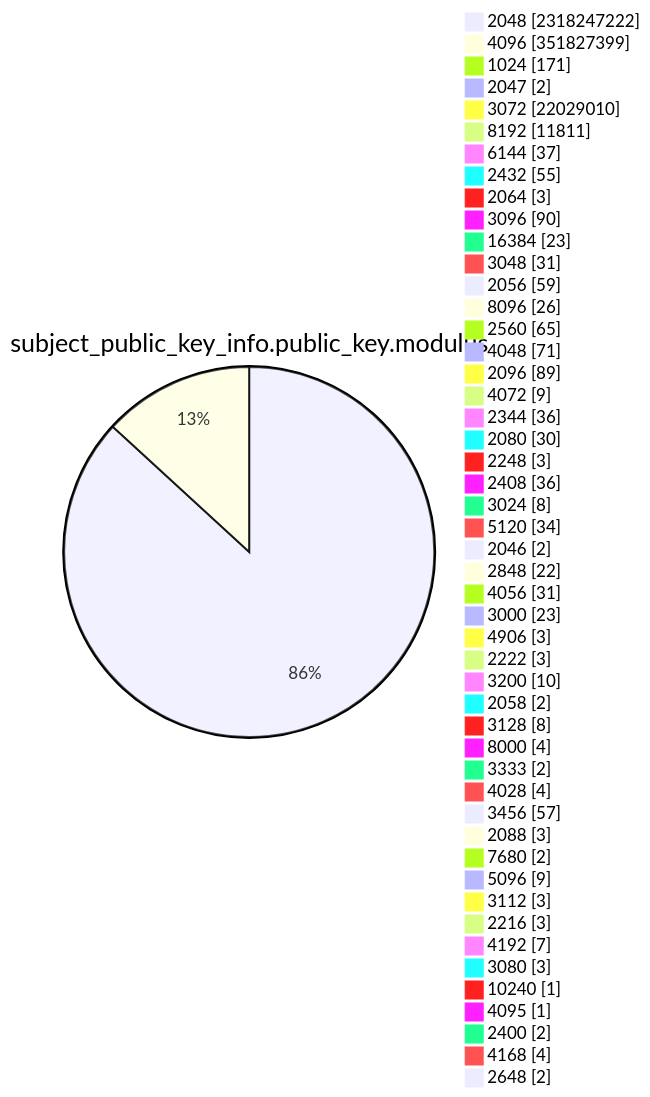
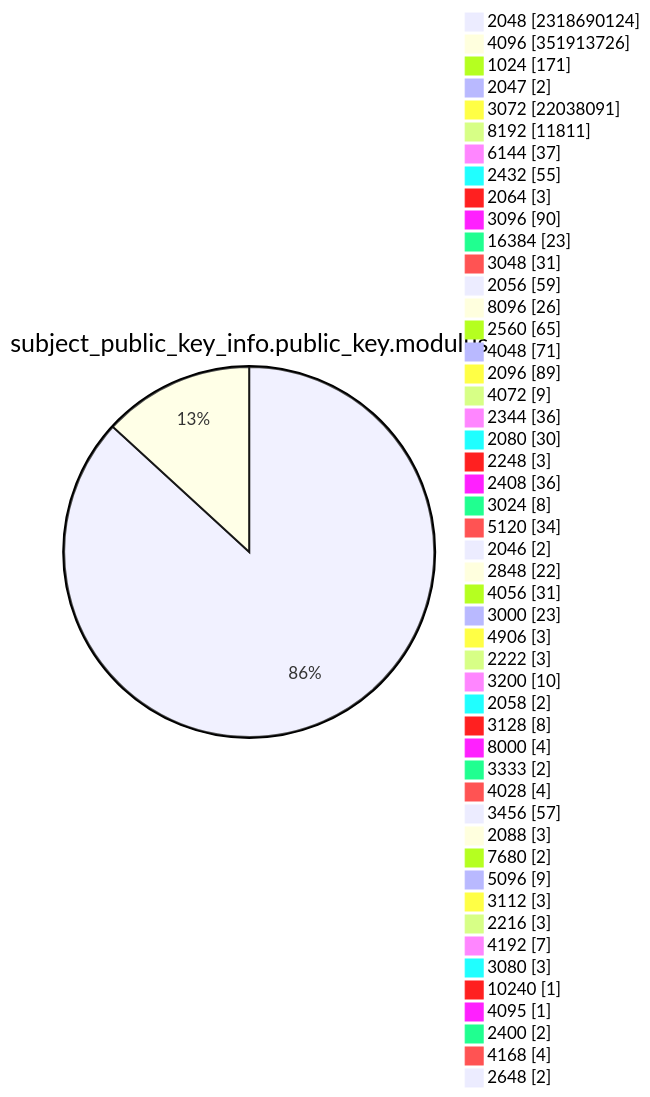
Before and after one commit to christiankrug/ctmonitor_visualization: diagram 13 of 15 in TOTAL/README.md, drawn with Mermaid. The commit also changed other lines of this file, not shown here.

````diff
--- a/TOTAL/README.md
+++ b/TOTAL/README.md
@@ -4167,53 +4167,53 @@
 ```mermaid
 pie showData
 title subject_public_key_info.public_key.modulus
-"2048" :2318247222
-"4096" :351827399
+"2048" :2318690124
+"4096" :351913726
 "1024" :171
 "2047" :2
-"3072" :22029010
+"3072" :22038091
 "8192" :11811
 "6144" :37
 "2432" :55
 "2064" :3
 "3096" :90
 "16384" :23
 "3048" :31
 "2056" :59
 "8096" :26
 "2560" :65
 "4048" :71
 "2096" :89
 "4072" :9
 "2344" :36
 "2080" :30
 "2248" :3
 "2408" :36
 "3024" :8
 "5120" :34
 "2046" :2
 "2848" :22
 "4056" :31
 "3000" :23
 "4906" :3
 "2222" :3
 "3200" :10
 "2058" :2
 "3128" :8
 "8000" :4
 "3333" :2
 "4028" :4
 "3456" :57
 "2088" :3
 "7680" :2
 "5096" :9
 "3112" :3
 "2216" :3
 "4192" :7
 "3080" :3
 "10240" :1
 "4095" :1
 "2400" :2
 "4168" :4
 "2648" :2
 ```
````
